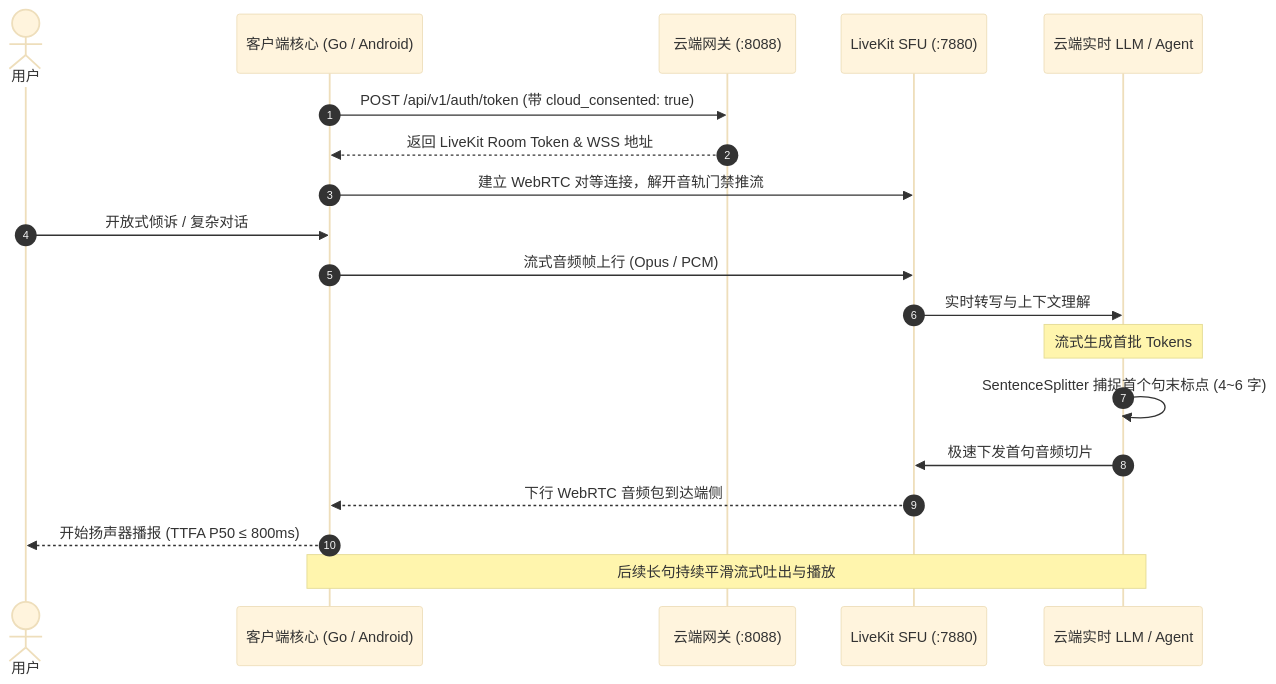
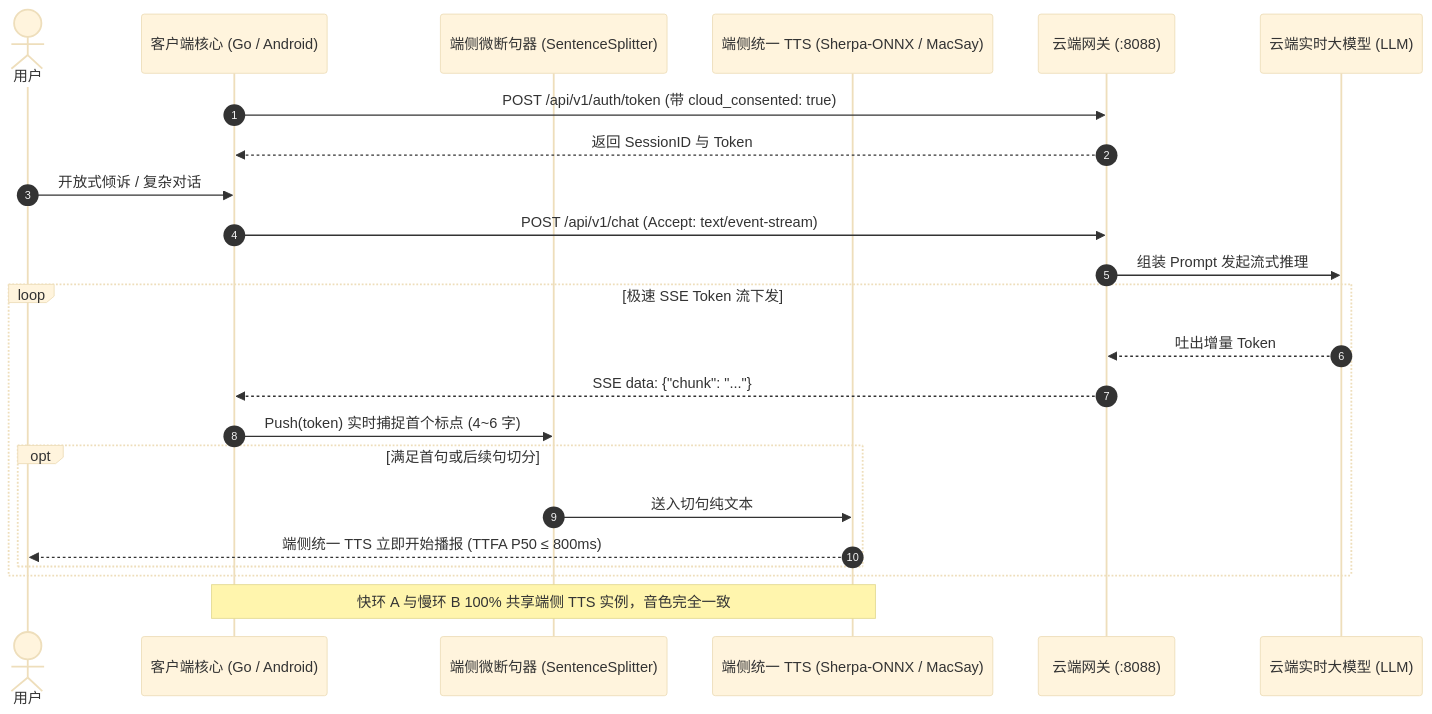
Before and after one commit to feixiao/FastAvatar: the third of 7 diagrams in docs/architecture.md, drawn with Mermaid (base theme). The commit also changed other lines of this file and 12 other files, not shown here.

````diff
--- a/docs/architecture.md
+++ b/docs/architecture.md
@@ -266,25 +261,29 @@
 ```mermaid
 sequenceDiagram
     autonumber
     actor User as 用户
     participant Client as 客户端核心 (Go / Android)
+    participant Splitter as 端侧微断句器 (SentenceSplitter)
+    participant UnifiedTTS as 端侧统一 TTS (Sherpa-ONNX / MacSay)
     participant Gateway as 云端网关 (:8088)
-    participant SFU as LiveKit SFU (:7880)
-    participant LLM as 云端实时 LLM / Agent
+    participant LLM as 云端实时大模型 (LLM)
 
     Client->>Gateway: POST /api/v1/auth/token (带 cloud_consented: true)
-    Gateway-->>Client: 返回 LiveKit Room Token & WSS 地址
-    Client->>SFU: 建立 WebRTC 对等连接，解开音轨门禁推流
+    Gateway-->>Client: 返回 SessionID 与 Token
     
     User->>Client: 开放式倾诉 / 复杂对话
-    Client->>SFU: 流式音频帧上行 (Opus / PCM)
-    SFU->>LLM: 实时转写与上下文理解
+    Client->>Gateway: POST /api/v1/chat (Accept: text/event-stream)
+    Gateway->>LLM: 组装 Prompt 发起流式推理
     
-    Note over LLM: 流式生成首批 Tokens
-    LLM->>LLM: SentenceSplitter 捕捉首个句末标点 (4~6 字)
-    LLM->>SFU: 极速下发首句音频切片
-    SFU-->>Client: 下行 WebRTC 音频包到达端侧
-    Client-->>User: 开始扬声器播报 (TTFA P50 ≤ 800ms)
+    loop 极速 SSE Token 流下发
+        LLM-->>Gateway: 吐出增量 Token
+        Gateway-->>Client: SSE data: {"chunk": "..."}
+        Client->>Splitter: Push(token) 实时捕捉首个标点 (4~6 字)
+        opt 满足首句或后续句切分
+            Splitter->>UnifiedTTS: 送入切句纯文本
+            UnifiedTTS-->>User: 端侧统一 TTS 立即开始播报 (TTFA P50 ≤ 800ms)
+        end
+    end
     
-    Note over LLM,Client: 后续长句持续平滑流式吐出与播放
+    Note over Client,UnifiedTTS: 快环 A 与慢环 B 100% 共享端侧 TTS 实例，音色完全一致
 ```
````
